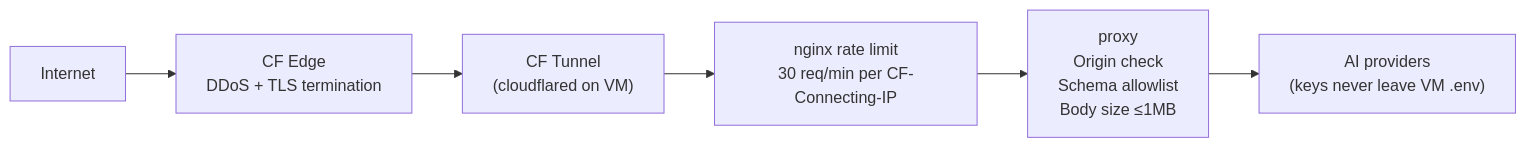
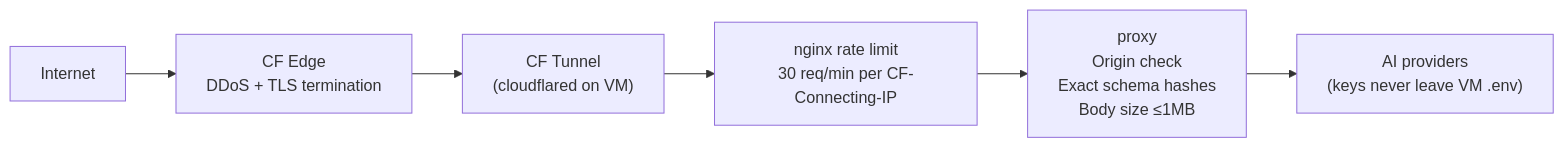
Before and after one commit to khelias/ai-adventure-engine: the sixth of 7 diagrams in docs/ARCHITECTURE.md, drawn with Mermaid. The commit also changed other lines of this file and 17 other files, not shown here.

````diff
--- a/docs/ARCHITECTURE.md
+++ b/docs/ARCHITECTURE.md
@@ -224,11 +226,11 @@
 ```mermaid
 flowchart LR
     Internet["Internet"]
     CFEdge["CF Edge<br/>DDoS + TLS termination"]
     Tunnel["CF Tunnel<br/>(cloudflared on VM)"]
     NginxLimit["nginx rate limit<br/>30 req/min per CF-Connecting-IP"]
-    ProxyGuard["proxy<br/>Origin check<br/>Schema allowlist<br/>Body size ≤1MB"]
+    ProxyGuard["proxy<br/>Origin check<br/>Exact schema hashes<br/>Body size ≤1MB"]
     AI["AI providers<br/>(keys never leave VM .env)"]
 
     Internet --> CFEdge --> Tunnel --> NginxLimit --> ProxyGuard --> AI
 ```
````
